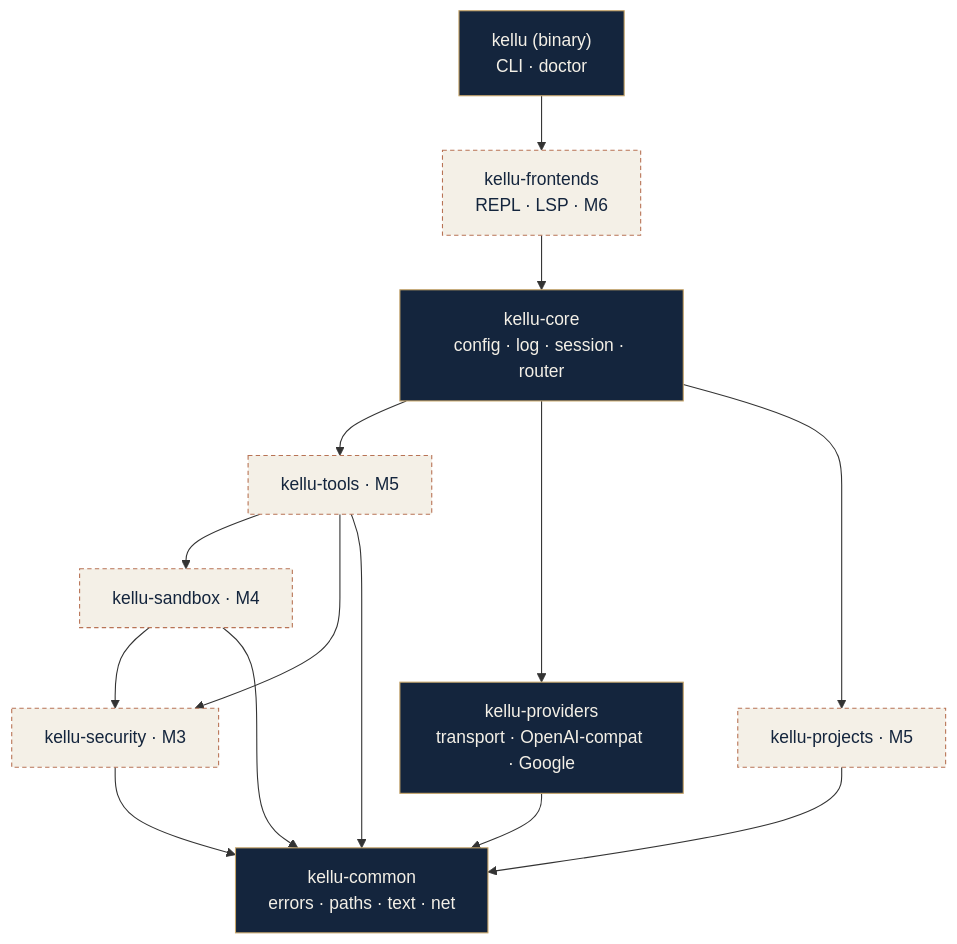
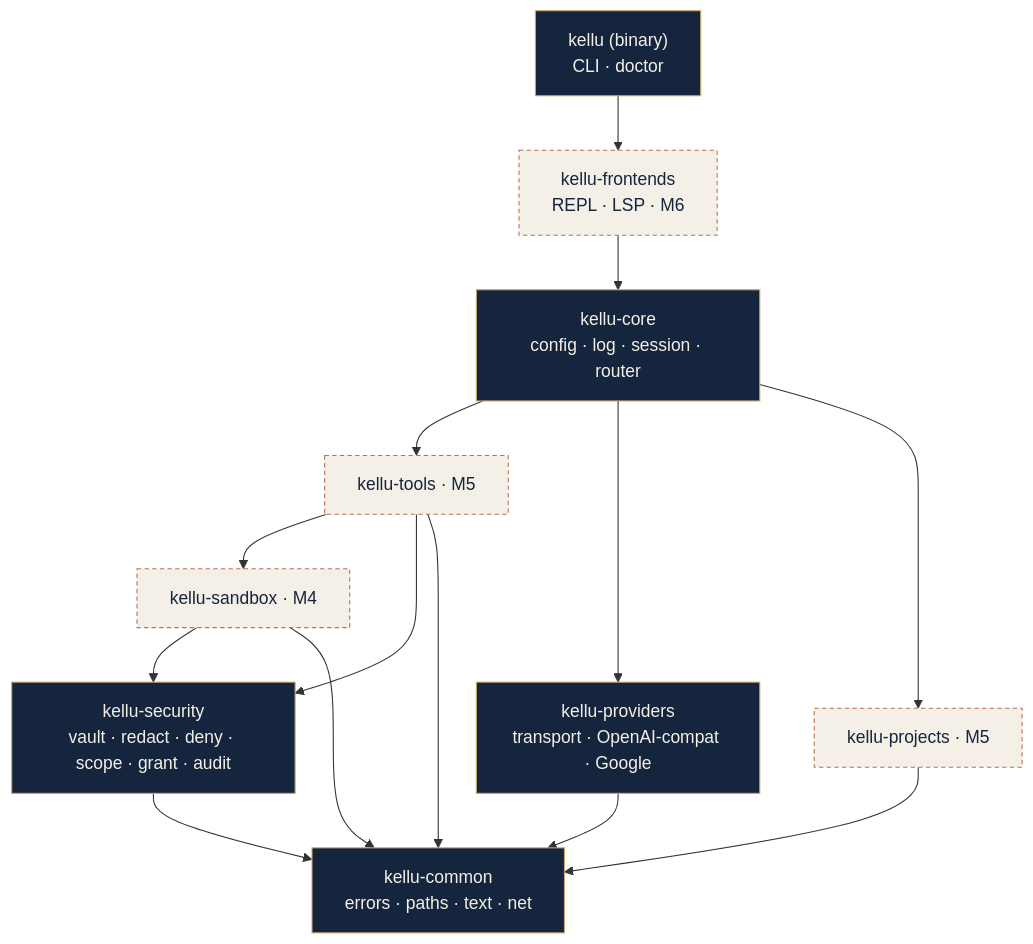
One commit to drojo72/kellu changed the first of 2 diagrams in docs/ARCHITECTURE.md. Above: the diagram before and after it, drawn with Mermaid. The commit also changed other lines of this file and 45 other files, not shown here.

````diff
--- a/docs/ARCHITECTURE.md
+++ b/docs/ARCHITECTURE.md
@@ -32,21 +32,21 @@
 ```mermaid
 flowchart TD
     bin["kellu (binary)<br/>CLI · doctor"]:::done
     fe["kellu-frontends<br/>REPL · LSP · M6"]:::todo
     core["kellu-core<br/>config · log · session · router"]:::done
     tools["kellu-tools · M5"]:::todo
     proj["kellu-projects · M5"]:::todo
     prov["kellu-providers<br/>transport · OpenAI-compat · Google"]:::done
     sbx["kellu-sandbox · M4"]:::todo
-    sec["kellu-security · M3"]:::todo
+    sec["kellu-security<br/>vault · redact · deny · scope · grant · audit"]:::done
     com["kellu-common<br/>errors · paths · text · net"]:::done
     bin --> fe --> core
     core --> tools --> sbx --> sec --> com
     core --> prov --> com
     core --> proj --> com
     tools --> sec
     tools --> com
     sbx --> com
     classDef done fill:#14253D,stroke:#C8A66A,color:#F4F0E7
     classDef todo fill:#F4F0E7,stroke:#B87355,color:#14253D,stroke-dasharray:4 3
 ```
````
